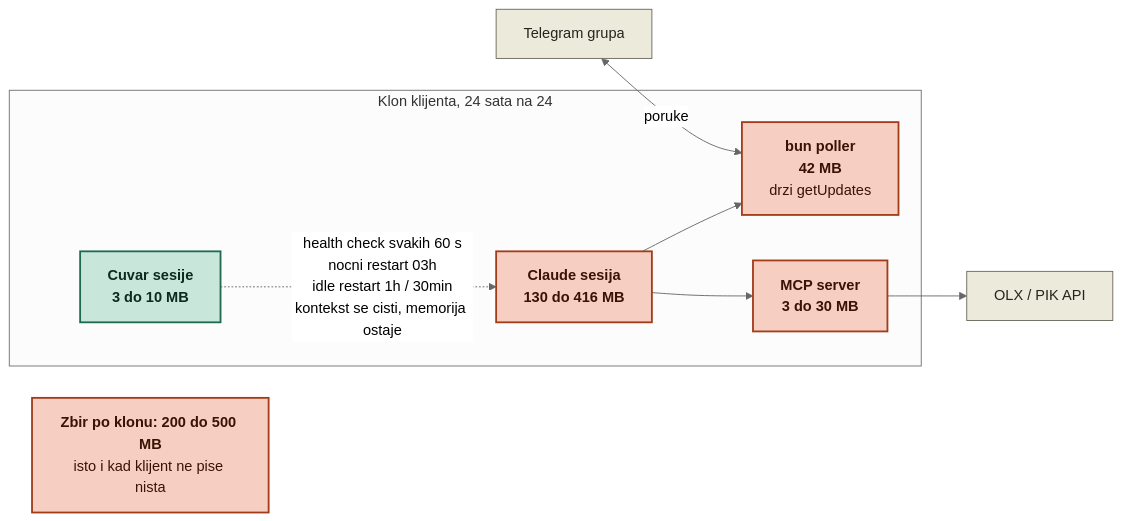
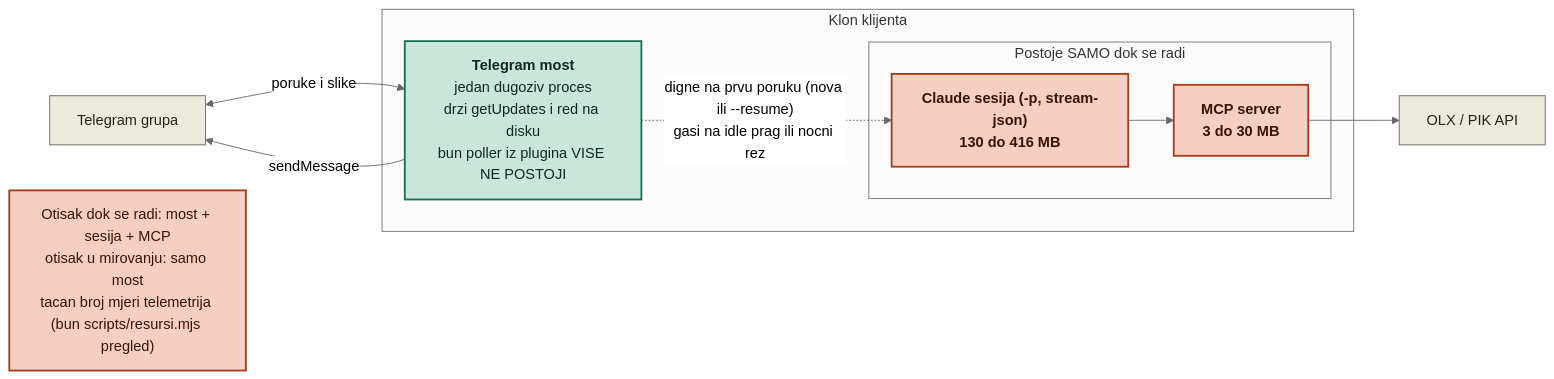
One commit to mob-dev-org/olx-mcp-api changed the fifth of 8 diagrams in olx-dokumentacija/arhitektura.md. Above: the diagram before and after it, drawn with Mermaid (neutral theme). The commit also changed other lines of this file and 34 other files, not shown here.

First line of the commit message:
Penzionisan cuvar-sesije.mjs: most je jedini pogon

````diff
--- a/olx-dokumentacija/arhitektura.md
+++ b/olx-dokumentacija/arhitektura.md
@@ -388,25 +395,26 @@
 ```mermaid
 flowchart LR
-    tg["Telegram grupa"] <-->|"poruke"| plugin
+    tg["Telegram grupa"] <-->|"poruke i slike"| most
 
-    subgraph klon["Klon klijenta, 24 sata na 24"]
-        cuvar["<b>Cuvar sesije</b><br/><b>3 do 10 MB</b>"]
-        plugin["<b>bun poller</b><br/><b>42 MB</b><br/>drzi getUpdates"]
-        sesija["<b>Claude sesija</b><br/><b>130 do 416 MB</b>"]
-        mcp["<b>MCP server</b><br/><b>3 do 30 MB</b>"]
+    subgraph klon["Klon klijenta"]
+        most["<b>Telegram most</b><br/>jedan dugoziv proces<br/>drzi getUpdates i red na disku<br/>bun poller iz plugina VISE NE POSTOJI"]
+        subgraph rad["Postoje SAMO dok se radi"]
+            sesija["<b>Claude sesija (-p, stream-json)</b><br/><b>130 do 416 MB</b>"]
+            mcp["<b>MCP server</b><br/><b>3 do 30 MB</b>"]
+        end
     end
 
-    cuvar -.->|"health check svakih 60 s<br/>nocni restart 03h<br/>idle restart 1h / 30min<br/>kontekst se cisti, memorija ostaje"| sesija
-    sesija --> plugin
+    most -.->|"digne na prvu poruku (nova ili --resume)<br/>gasi na idle prag ili nocni rez"| sesija
     sesija --> mcp
     mcp --> olx["OLX / PIK API"]
+    most -->|"sendMessage"| tg
 
-    zbir["<b>Zbir po klonu: 200 do 500 MB</b><br/>isto i kad klijent ne pise nista"]
+    zbir["Otisak dok se radi: most + sesija + MCP<br/>otisak u mirovanju: samo most<br/>tacan broj mjeri telemetrija (bun scripts/resursi.mjs pregled)"]
 
     classDef skupo fill:#f6cfc2,stroke:#a33c19,stroke-width:2px,color:#3b1305
     classDef jeftino fill:#c9e6da,stroke:#1f6b52,stroke-width:2px,color:#0b2b20
     classDef vanjsko fill:#eceada,stroke:#6b675c,stroke-width:1px,color:#26241d
-    class sesija,mcp,plugin,zbir skupo
-    class cuvar jeftino
+    class sesija,mcp,zbir skupo
+    class most jeftino
     class tg,olx vanjsko
 ```
````
